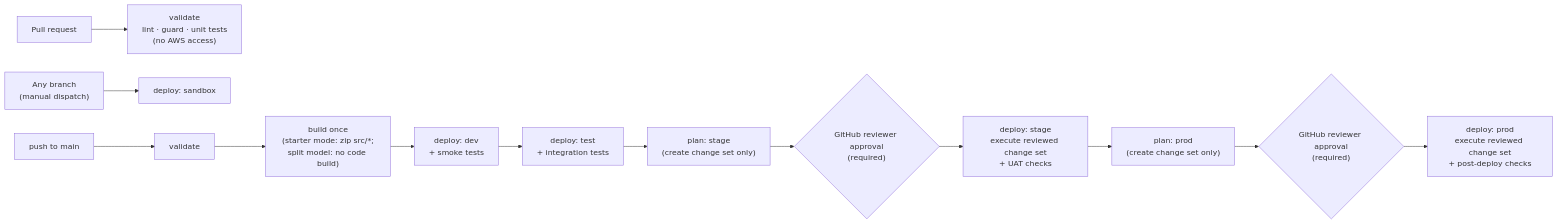
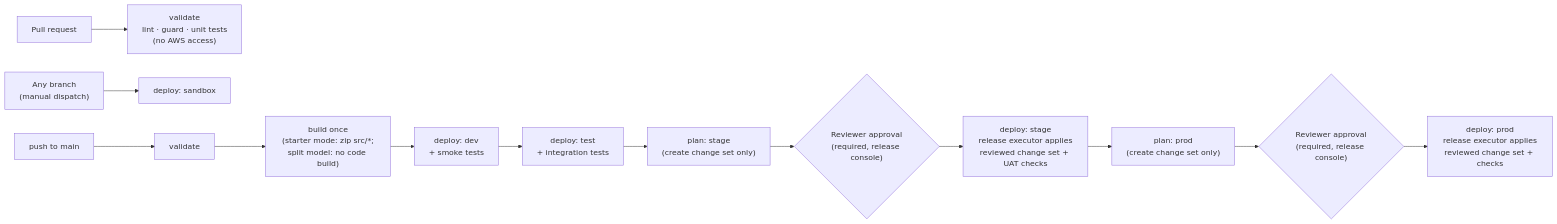
Before and after one commit to kulveersingh/CloudInfraAutomation: the tenth of 16 diagrams in docs/ARCHITECTURE.md, drawn with Mermaid. The commit also changed other lines of this file and 3 other files, not shown here.

First line of the commit message:
Add full AWS service catalog design, Word document and overview diagram

````diff
--- a/docs/ARCHITECTURE.md
+++ b/docs/ARCHITECTURE.md
@@ -816,10 +952,10 @@
 ```mermaid
 flowchart LR
   PR["Pull request"] --> V["validate<br/>lint · guard · unit tests<br/>(no AWS access)"]
   FB["Any branch<br/>(manual dispatch)"] --> SBX["deploy: sandbox"]
   M["push to main"] --> V2["validate"] --> BLD["build once<br/>(starter mode: zip src/*;<br/>split model: no code build)"]
   BLD --> DEV["deploy: dev<br/>+ smoke tests"]
   DEV --> TEST["deploy: test<br/>+ integration tests"]
-  TEST --> CSS["plan: stage<br/>(create change set only)"] --> AS{"GitHub reviewer approval<br/>(required)"} --> STG["deploy: stage<br/>execute reviewed change set<br/>+ UAT checks"]
-  STG --> CSP["plan: prod<br/>(create change set only)"] --> AP{"GitHub reviewer approval<br/>(required)"} --> PRD["deploy: prod<br/>execute reviewed change set<br/>+ post-deploy checks"]
+  TEST --> CSS["plan: stage<br/>(create change set only)"] --> AS{"Reviewer approval<br/>(required, release console)"} --> STG["deploy: stage<br/>release executor applies<br/>reviewed change set + UAT checks"]
+  STG --> CSP["plan: prod<br/>(create change set only)"] --> AP{"Reviewer approval<br/>(required, release console)"} --> PRD["deploy: prod<br/>release executor applies<br/>reviewed change set + checks"]
 ```
````
